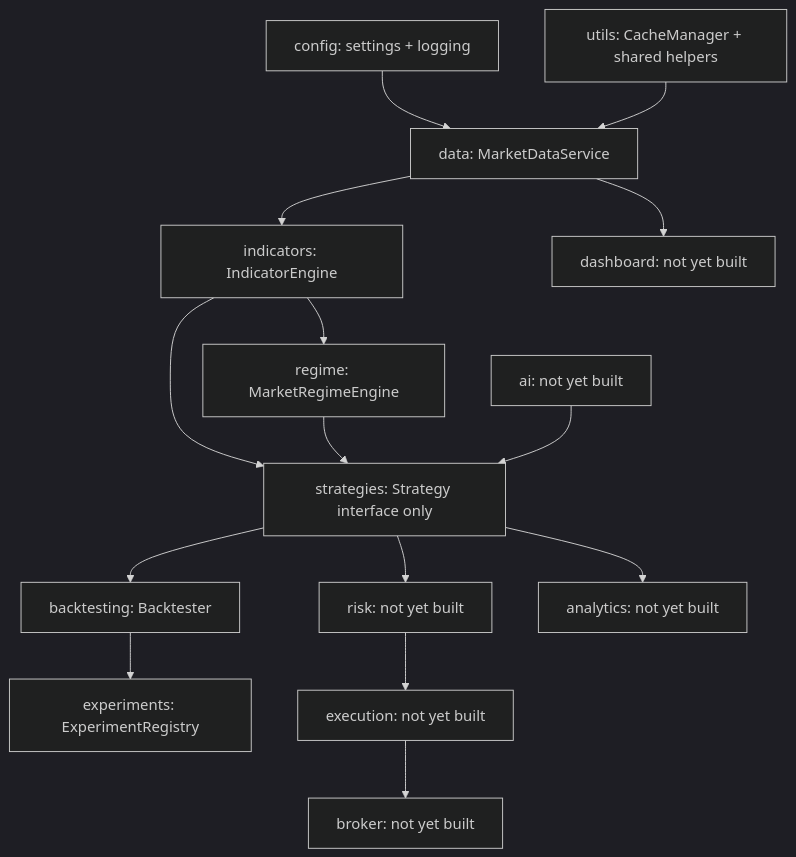
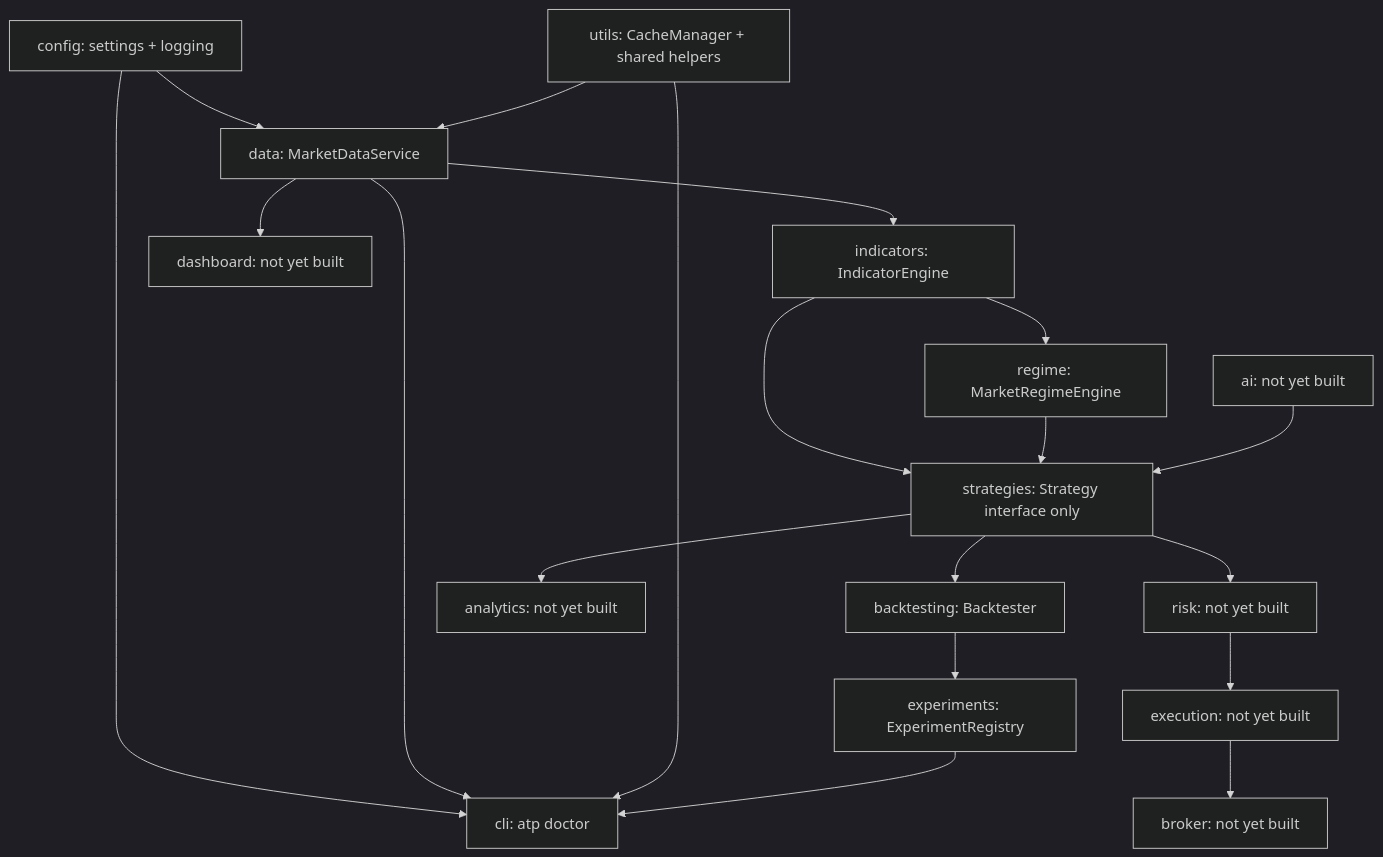
One commit to grow-op-nasa/ai-trading-platform changed the diagram in ARCHITECTURE.md. Above: the diagram before and after it, drawn with Mermaid (dark theme). The commit also changed other lines of this file and 10 other files, not shown here.

First line of the commit message:
Add atp doctor system health check (ADR-0000, ADR-0013)

````diff
--- a/ARCHITECTURE.md
+++ b/ARCHITECTURE.md
@@ -14,32 +14,37 @@
 ```mermaid
 graph TD
     config[config: settings + logging]
     utils[utils: CacheManager + shared helpers]
     data[data: MarketDataService]
     indicators[indicators: IndicatorEngine]
     regime[regime: MarketRegimeEngine]
     strategies[strategies: Strategy interface only]
     backtesting[backtesting: Backtester]
     experiments[experiments: ExperimentRegistry]
     risk[risk: not yet built]
     execution[execution: not yet built]
     broker[broker: not yet built]
     analytics[analytics: not yet built]
     ai[ai: not yet built]
     dashboard[dashboard: not yet built]
+    cli[cli: atp doctor]
 
     config --> data
     utils --> data
     data --> indicators
     indicators --> regime
     indicators --> strategies
     regime --> strategies
     strategies --> backtesting
     backtesting --> experiments
     strategies --> risk
     risk --> execution
     execution --> broker
     strategies --> analytics
     data --> dashboard
     ai --> strategies
+    config --> cli
+    data --> cli
+    utils --> cli
+    experiments --> cli
 ```
````
